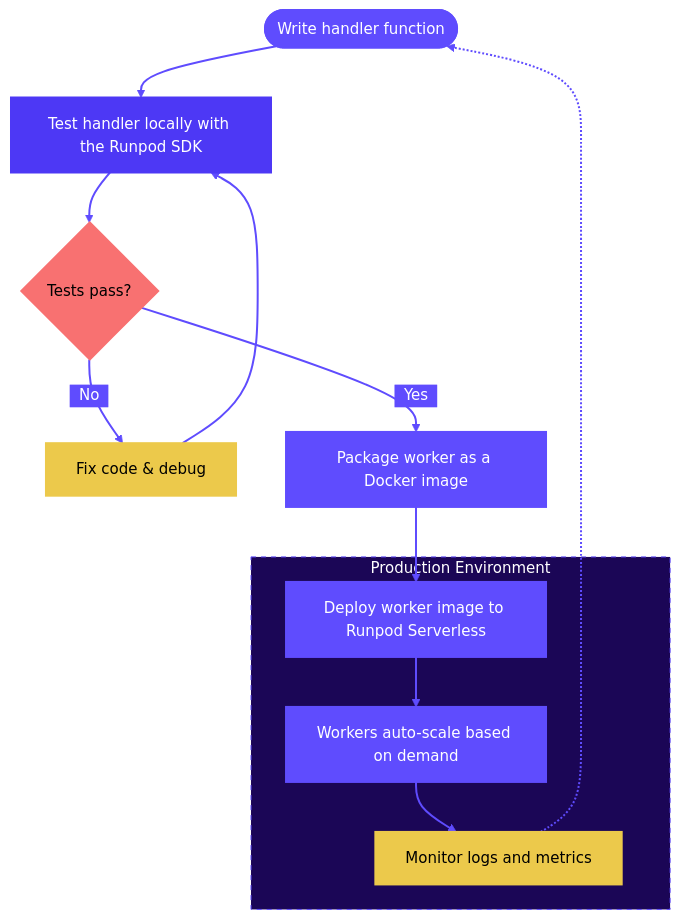
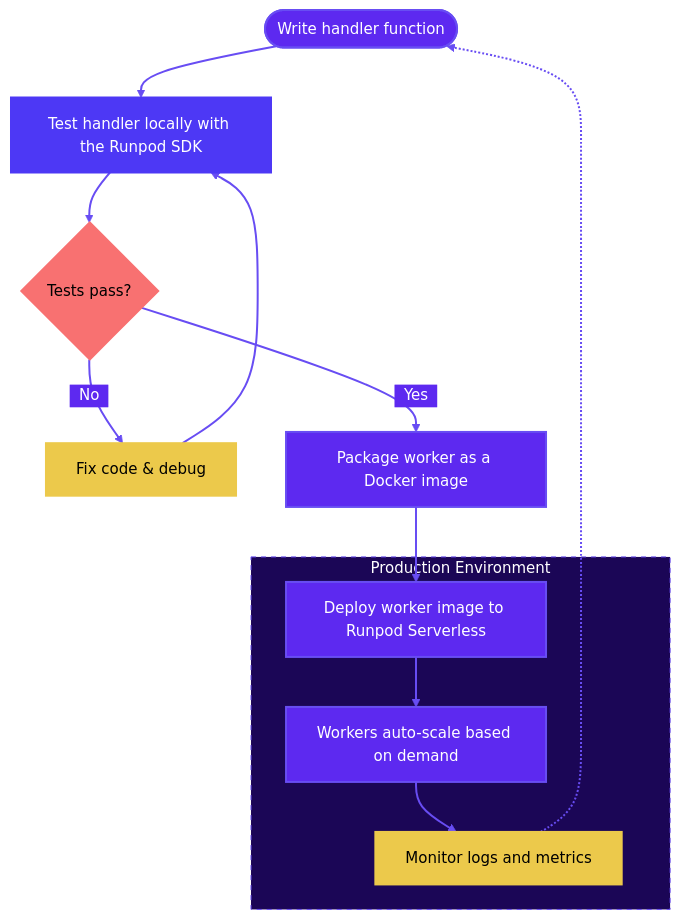
The diagram in serverless/development/overview.mdx (runpod/docs), drawn with Mermaid before and after one commit. The commit also changed 9 other files, not shown here.

First line of the commit message:
fix: use canon purples in Mermaid diagrams

````diff
--- a/serverless/development/overview.mdx
+++ b/serverless/development/overview.mdx
@@ -18,40 +18,40 @@
 ```mermaid
-%%{init: {'theme':'base', 'themeVariables': { 'primaryColor':'#9289FE','primaryTextColor':'#fff','primaryBorderColor':'#9289FE','lineColor':'#5F4CFE','secondaryColor':'#AE6DFF','tertiaryColor':'#FCB1FF','edgeLabelBackground':'#5F4CFE', 'fontSize':'15px','fontFamily':'font-inter'}}}%%
+%%{init: {'theme':'base', 'themeVariables': { 'primaryColor':'#9289FE','primaryTextColor':'#fff','primaryBorderColor':'#9289FE','lineColor':'#684DF3','secondaryColor':'#AE6DFF','tertiaryColor':'#FCB1FF','edgeLabelBackground':'#5D29F0', 'fontSize':'15px','fontFamily':'font-inter'}}}%%
 
 flowchart TD
     Start([Write handler function]) --> Test[Test handler locally with the Runpod SDK]
     
     Test --> Check{Tests pass?}
     
     Check -->|"&nbsp;&nbsp;No&nbsp;&nbsp;"| Fix[Fix code & debug]
     
     Fix --> Test
     
     Check -->|"&nbsp;&nbsp;Yes&nbsp;&nbsp;"| Package[Package worker as a Docker image]
     
     Package --> Deploy[Deploy worker image to Runpod Serverless]
     
     subgraph Production [Production Environment]
         Deploy --> Running[Workers auto-scale based on demand]
         Running --> Monitor[Monitor logs and metrics]
     end
     
     Monitor -.-> Start
 
     %% Applied Color Logic from Diagram 2
-    style Start fill:#5F4CFE,stroke:#5F4CFE,color:#FFFFFF,stroke-width:2px
+    style Start fill:#5D29F0,stroke:#684DF3,color:#FFFFFF,stroke-width:2px
     style Test fill:#4D38F5,stroke:#4D38F5,color:#FFFFFF,stroke-width:2px
     
     style Check fill:#f87171,stroke:#f87171,color:#000000,stroke-width:2px
     style Fix fill:#ecc94b,stroke:#ecc94b,color:#000000,stroke-width:2px
     
-    style Package fill:#5F4CFE,stroke:#5F4CFE,color:#FFFFFF,stroke-width:2px
-    style Deploy fill:#5F4CFE,stroke:#5F4CFE,color:#FFFFFF,stroke-width:2px
-    style Running fill:#5F4CFE,stroke:#5F4CFE,color:#FFFFFF,stroke-width:2px
+    style Package fill:#5D29F0,stroke:#684DF3,color:#FFFFFF,stroke-width:2px
+    style Deploy fill:#5D29F0,stroke:#684DF3,color:#FFFFFF,stroke-width:2px
+    style Running fill:#5D29F0,stroke:#684DF3,color:#FFFFFF,stroke-width:2px
     style Monitor fill:#ecc94b,stroke:#ecc94b,color:#000000,stroke-width:2px
     
     %% Subgraph Styling
-    style Production fill:#1B0656,stroke:#5F4CFE,color:#FFFFFF,stroke-dasharray: 5 5
+    style Production fill:#1B0656,stroke:#684DF3,color:#FFFFFF,stroke-dasharray: 5 5
 
-    linkStyle default stroke-width:2px,stroke:#5F4CFE
+    linkStyle default stroke-width:2px,stroke:#684DF3
 ```
````
